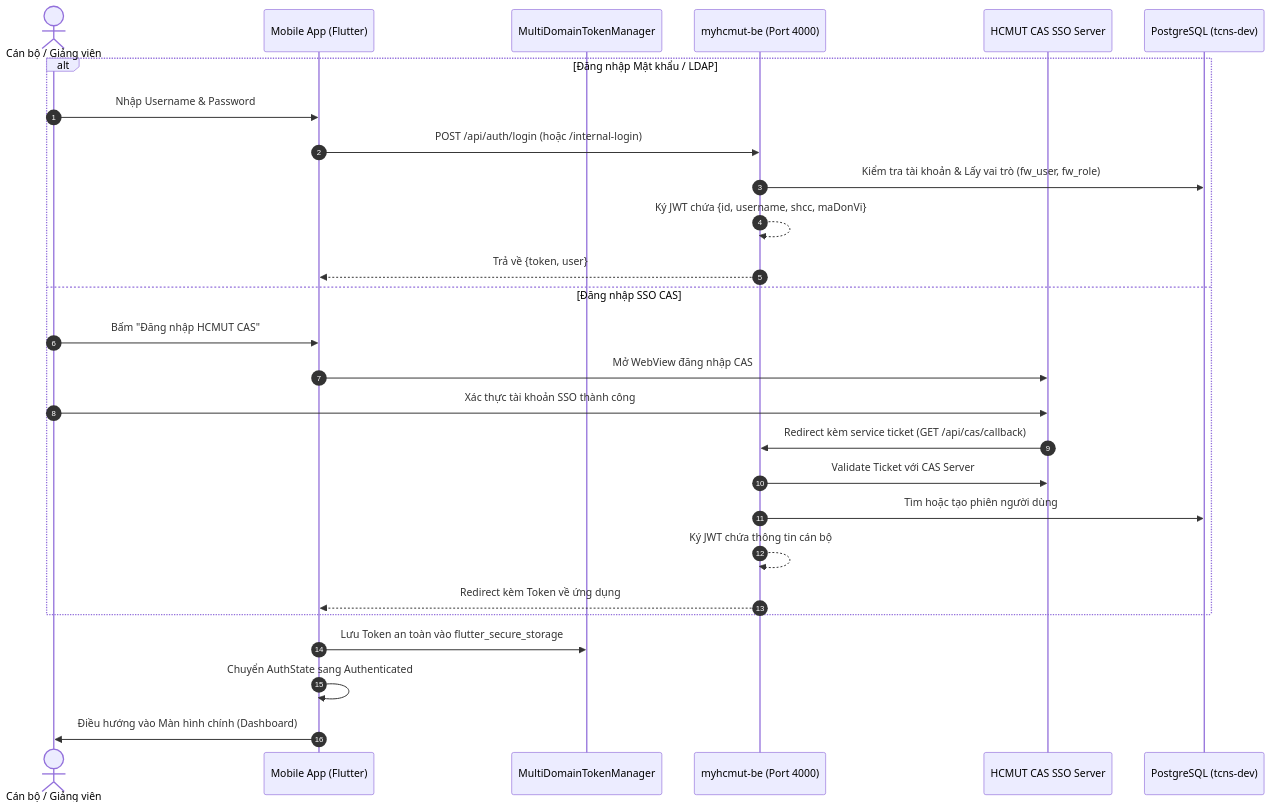
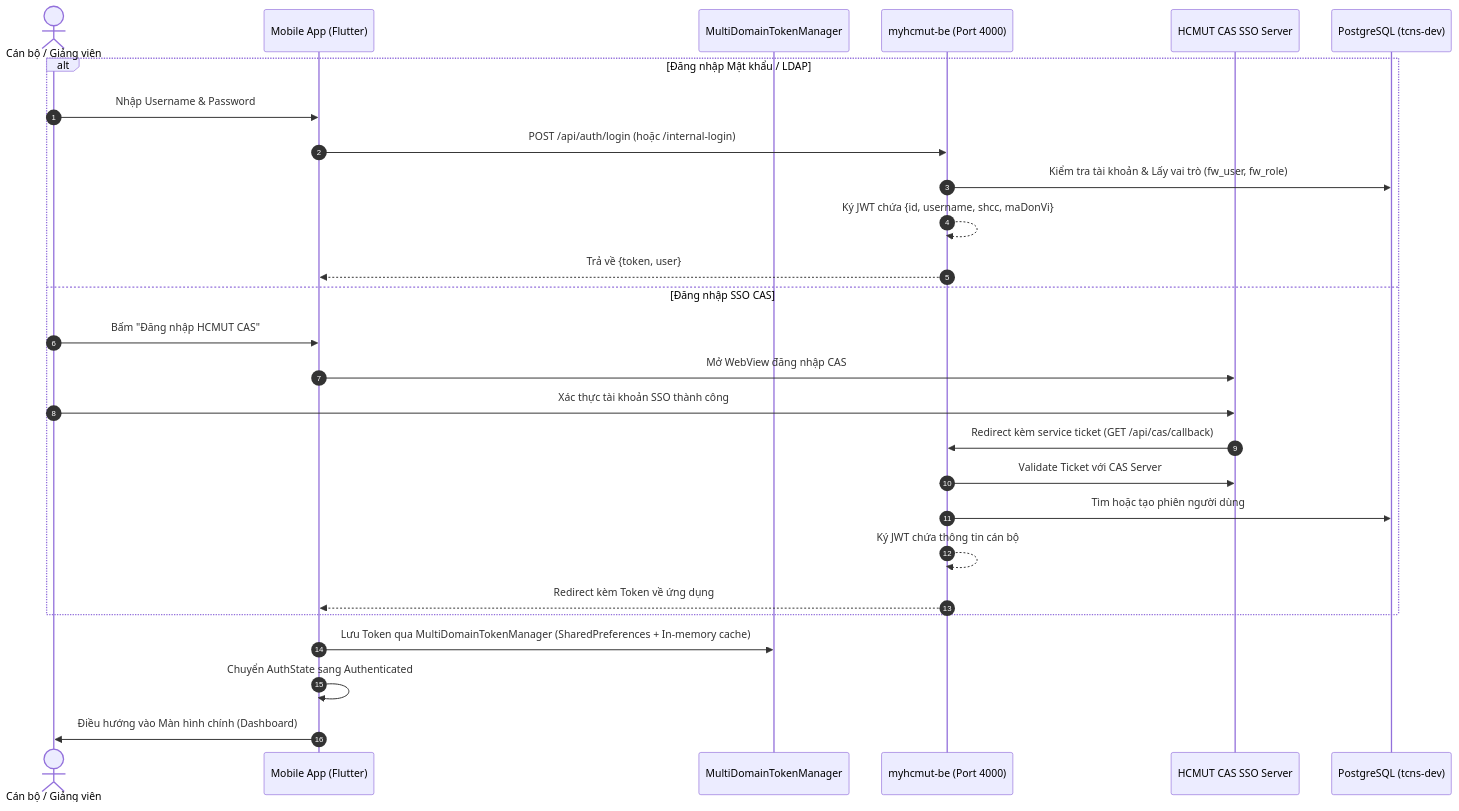
The first of 7 diagrams in docs/SYSTEM_OPERATION.md (xchinh/Report-DATN), drawn with Mermaid before and after one commit. The commit also changed other lines of this file and 68 other files, not shown here.

````diff
--- a/docs/SYSTEM_OPERATION.md
+++ b/docs/SYSTEM_OPERATION.md
@@ -48,31 +120,31 @@
 ```mermaid
 sequenceDiagram
     autonumber
     actor User as Cán bộ / Giảng viên
     participant Mobile as Mobile App (Flutter)
     participant AuthMgr as MultiDomainTokenManager
     participant AuthBE as myhcmut-be (Port 4000)
     participant CAS as HCMUT CAS SSO Server
     participant DB as PostgreSQL (tcns-dev)
 
     alt Đăng nhập Mật khẩu / LDAP
         User->>Mobile: Nhập Username & Password
         Mobile->>AuthBE: POST /api/auth/login (hoặc /internal-login)
         AuthBE->>DB: Kiểm tra tài khoản & Lấy vai trò (fw_user, fw_role)
         AuthBE-->>AuthBE: Ký JWT chứa {id, username, shcc, maDonVi}
         AuthBE-->>Mobile: Trả về {token, user}
     else Đăng nhập SSO CAS
         User->>Mobile: Bấm "Đăng nhập HCMUT CAS"
         Mobile->>CAS: Mở WebView đăng nhập CAS
         User->>CAS: Xác thực tài khoản SSO thành công
         CAS->>AuthBE: Redirect kèm service ticket (GET /api/cas/callback)
         AuthBE->>CAS: Validate Ticket với CAS Server
         AuthBE->>DB: Tìm hoặc tạo phiên người dùng
         AuthBE-->>AuthBE: Ký JWT chứa thông tin cán bộ
         AuthBE-->>Mobile: Redirect kèm Token về ứng dụng
     end
 
-    Mobile->>AuthMgr: Lưu Token an toàn vào flutter_secure_storage
+    Mobile->>AuthMgr: Lưu Token qua MultiDomainTokenManager (SharedPreferences + In-memory cache)
     Mobile->>Mobile: Chuyển AuthState sang Authenticated
     Mobile->>User: Điều hướng vào Màn hình chính (Dashboard)
 ```
````
